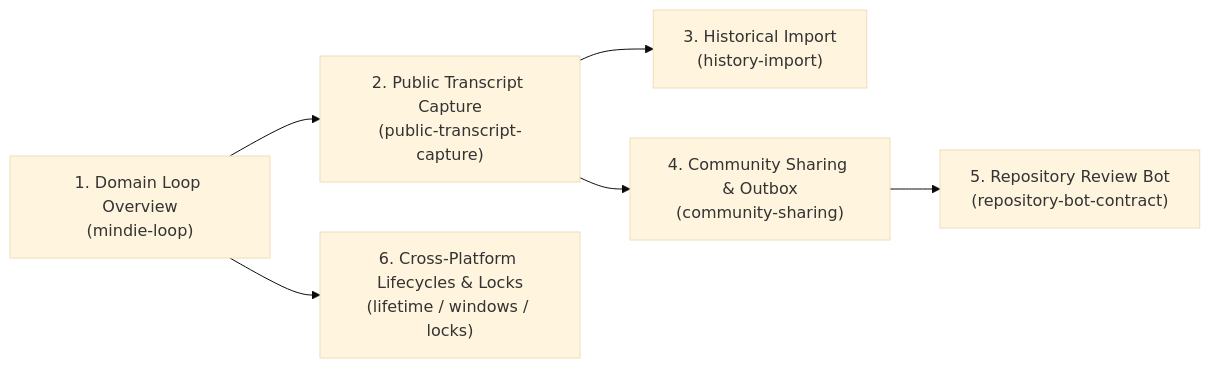
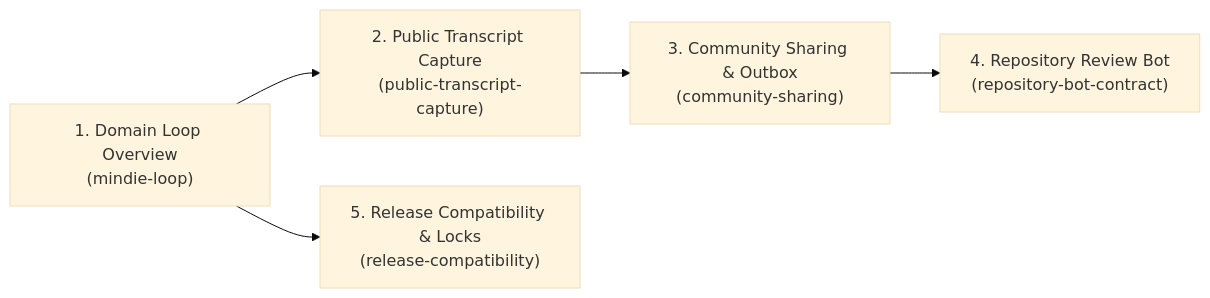
One commit to mindie-agent/knowledge changed the diagram in docs/README.en.md. Above: the diagram before and after it, drawn with Mermaid (base theme). The commit also changed other lines of this file and 47 other files, not shown here.

````diff
--- a/docs/README.en.md
+++ b/docs/README.en.md
@@ -11,8 +11,7 @@
 ```mermaid
 flowchart LR
   Loop["1. Domain Loop Overview<br/>(mindie-loop)"] --> Capture["2. Public Transcript Capture<br/>(public-transcript-capture)"]
-  Capture --> Import["3. Historical Import<br/>(history-import)"]
-  Capture --> Share["4. Community Sharing & Outbox<br/>(community-sharing)"]
-  Share --> Bot["5. Repository Review Bot<br/>(repository-bot-contract)"]
-  Loop --> Platform["6. Cross-Platform Lifecycles & Locks<br/>(lifetime / windows / locks)"]
+  Capture --> Share["3. Community Sharing & Outbox<br/>(community-sharing)"]
+  Share --> Bot["4. Repository Review Bot<br/>(repository-bot-contract)"]
+  Loop --> Compat["5. Release Compatibility & Locks<br/>(release-compatibility)"]
 ```
````
